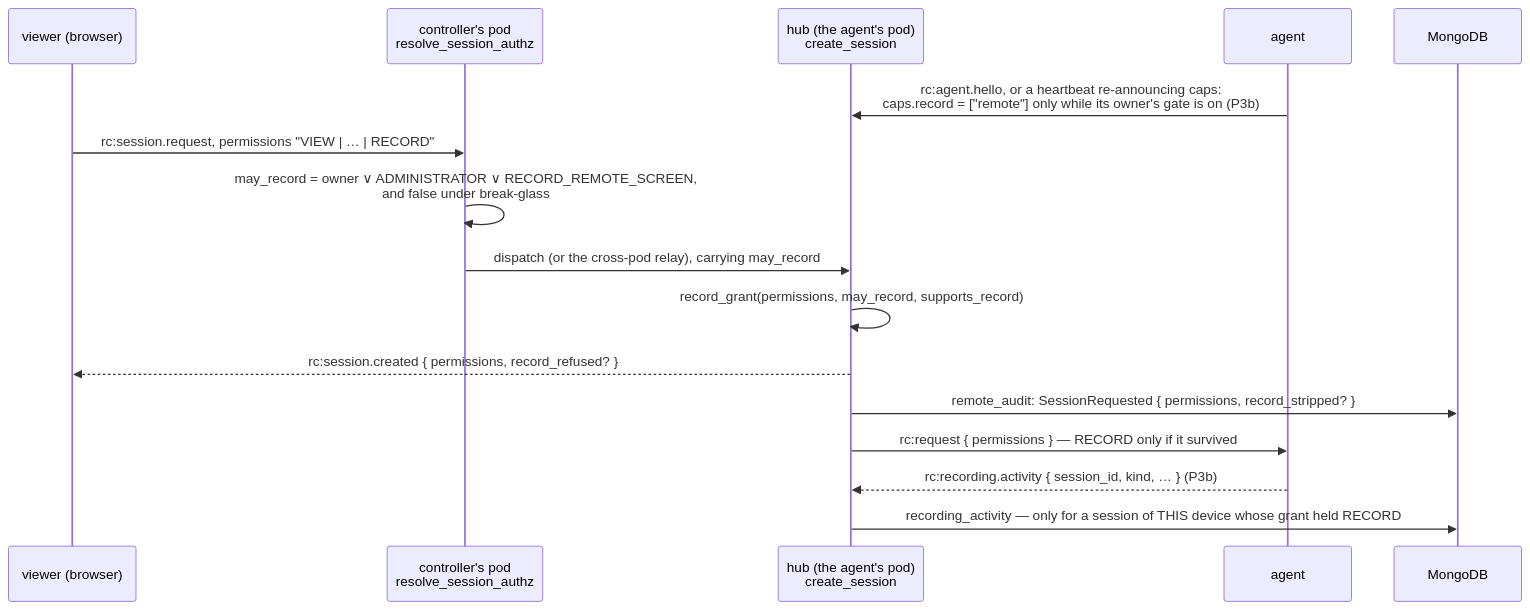
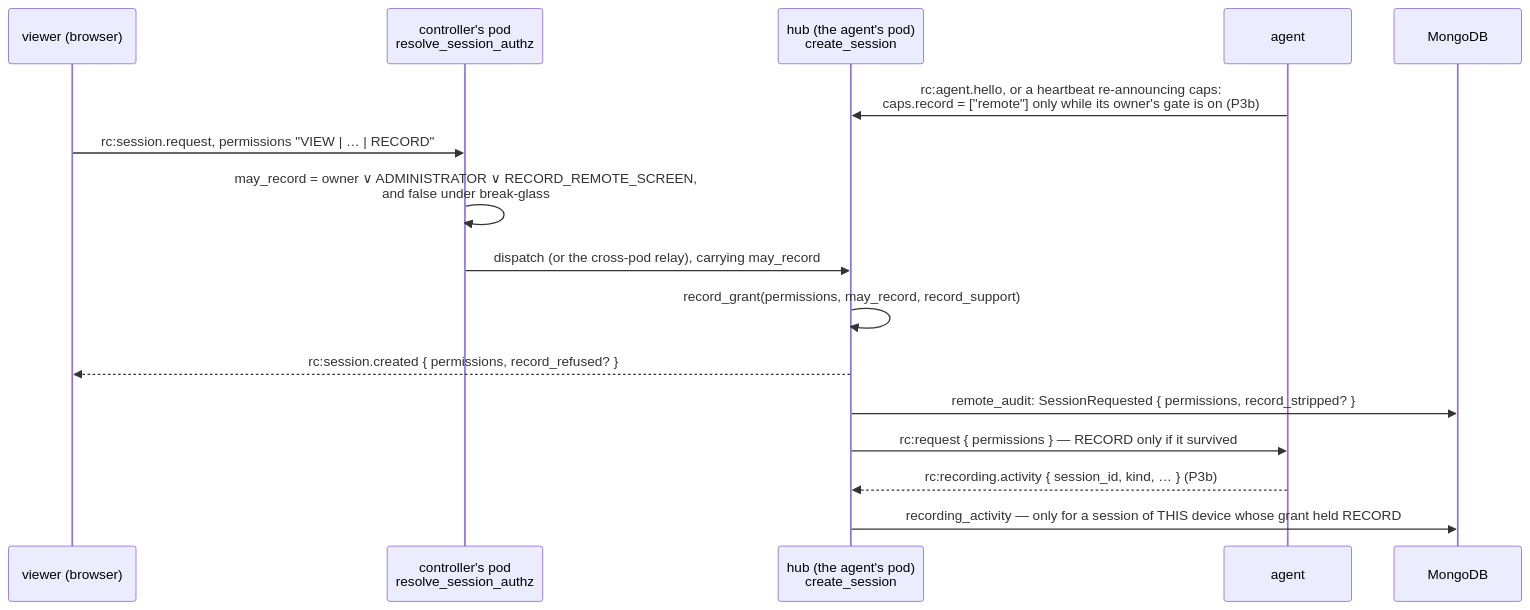
The eighth of 12 diagrams in docs/recording.md (gjovanov/roomler-ai), drawn with Mermaid before and after one commit. The commit also changed other lines of this file and 12 other files, not shown here.

````diff
--- a/docs/recording.md
+++ b/docs/recording.md
@@ -579,19 +579,19 @@
 ```mermaid
 sequenceDiagram
     participant V as viewer (browser)
     participant C as controller's pod<br/>resolve_session_authz
     participant H as hub (the agent's pod)<br/>create_session
     participant A as agent
     participant DB as MongoDB
 
     A->>H: rc:agent.hello, or a heartbeat re-announcing caps:<br/>caps.record = ["remote"] only while its owner's gate is on (P3b)
     V->>C: rc:session.request, permissions "VIEW | … | RECORD"
     C->>C: may_record = owner ∨ ADMINISTRATOR ∨ RECORD_REMOTE_SCREEN,<br/>and false under break-glass
     C->>H: dispatch (or the cross-pod relay), carrying may_record
-    H->>H: record_grant(permissions, may_record, supports_record)
+    H->>H: record_grant(permissions, may_record, record_support)
     H-->>V: rc:session.created { permissions, record_refused? }
     H->>DB: remote_audit: SessionRequested { permissions, record_stripped? }
     H->>A: rc:request { permissions } — RECORD only if it survived
     A-->>H: rc:recording.activity { session_id, kind, … } (P3b)
     H->>DB: recording_activity — only for a session of THIS device whose grant held RECORD
 ```
````
